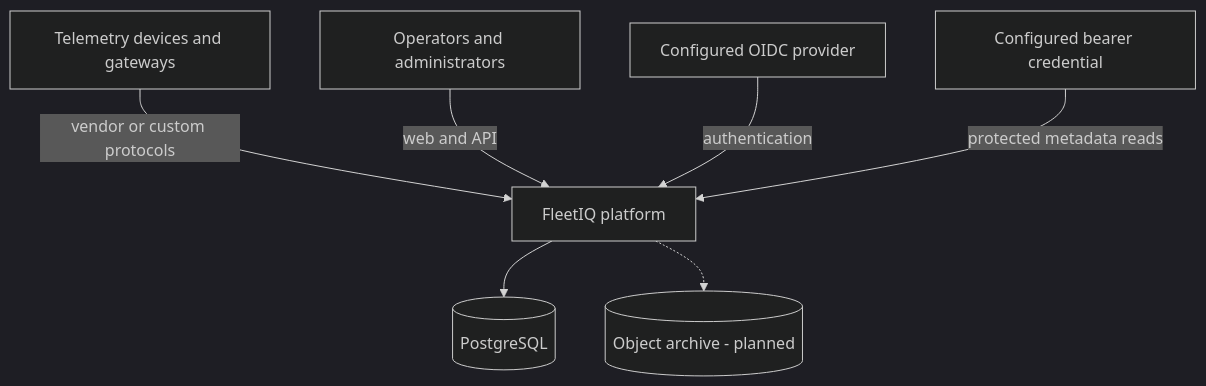
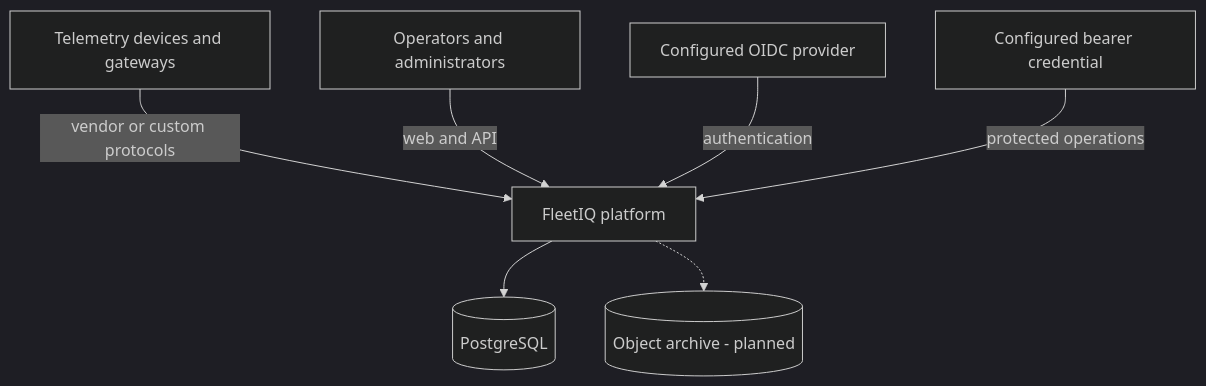
One commit to stanimirivanov/fleetiq-platform changed the first of 6 diagrams in docs/architecture/README.md. Above: the diagram before and after it, drawn with Mermaid (dark theme). The commit also changed other lines of this file and 74 other files, not shown here.

````diff
--- a/docs/architecture/README.md
+++ b/docs/architecture/README.md
@@ -14,17 +14,17 @@
 ```mermaid
 flowchart TB
     Operators[Operators and administrators]
     Devices[Telemetry devices and gateways]
     Identity[Configured OIDC provider]
     Credential[Configured bearer credential]
     FleetIQ[FleetIQ platform]
     Database[(PostgreSQL)]
     Archive[(Object archive - planned)]
 
     Devices -->|vendor or custom protocols| FleetIQ
     Operators -->|web and API| FleetIQ
     Identity -->|authentication| FleetIQ
-    Credential -->|protected metadata reads| FleetIQ
+    Credential -->|protected operations| FleetIQ
     FleetIQ --> Database
     FleetIQ -.-> Archive
 ```
````
